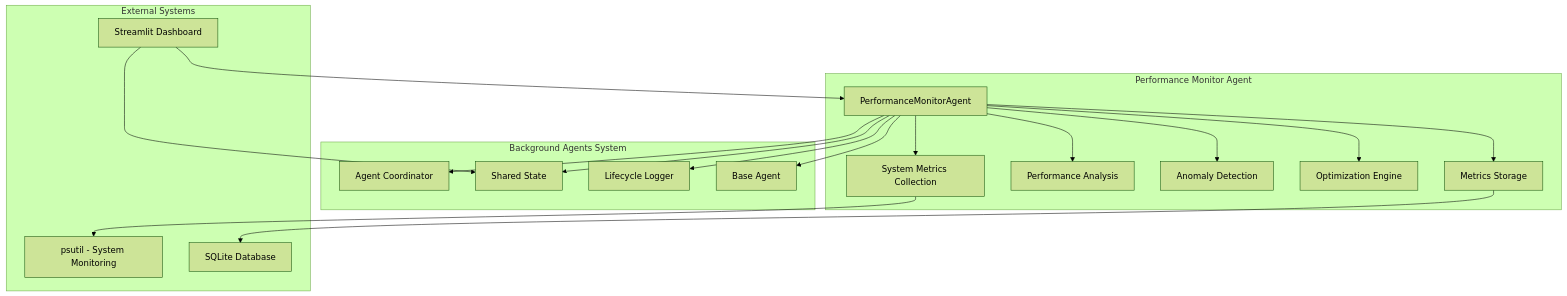
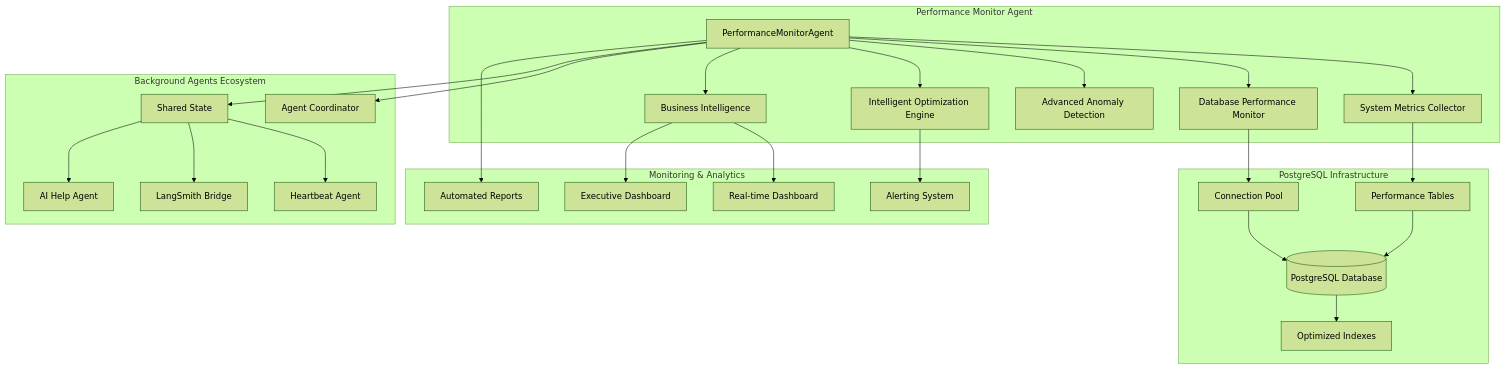
Before and after one commit to Kausiukas/System-Reference: the first of 3 diagrams in PERFORMANCE_MONITORING.md, drawn with Mermaid (forest theme). The commit also changed other lines of this file, not shown here.

````diff
--- a/PERFORMANCE_MONITORING.md
+++ b/PERFORMANCE_MONITORING.md
@@ -36,40 +41,57 @@
 ```mermaid
 graph TB
     subgraph "Performance Monitor Agent"
         PM[PerformanceMonitorAgent]
-        SM[System Metrics Collection]
-        PA[Performance Analysis]
-        AD[Anomaly Detection]
-        OE[Optimization Engine]
-        MS[Metrics Storage]
+        SMC[System Metrics Collector]
+        DPM[Database Performance Monitor]
+        AAD[Advanced Anomaly Detection]
+        IOE[Intelligent Optimization Engine]
+        BI[Business Intelligence]
     end
     
-    subgraph "Background Agents System"
+    subgraph "PostgreSQL Infrastructure"
+        PG[(PostgreSQL Database)]
+        CP[Connection Pool]
+        PM_TABLES[Performance Tables]
+        IDX[Optimized Indexes]
+    end
+    
+    subgraph "Background Agents Ecosystem"
         AC[Agent Coordinator]
         SS[Shared State]
-        LH[Lifecycle Logger]
-        BA[Base Agent]
+        HBA[Heartbeat Agent]
+        LB[LangSmith Bridge]
+        AI[AI Help Agent]
     end
     
-    subgraph "External Systems"
-        PS[psutil - System Monitoring]
-        SQL[SQLite Database]
-        ST[Streamlit Dashboard]
+    subgraph "Monitoring & Analytics"
+        RTD[Real-time Dashboard]
+        EXE[Executive Dashboard]
+        ALT[Alerting System]
+        REP[Automated Reports]
     end
     
-    PM --> SM
-    PM --> PA
-    PM --> AD
-    PM --> OE
-    PM --> MS
+    PM --> SMC
+    PM --> DPM
+    PM --> AAD
+    PM --> IOE
+    PM --> BI
     
-    SM --> PS
-    MS --> SQL
+    SMC --> PM_TABLES
+    DPM --> CP
+    PM_TABLES --> PG
+    CP --> PG
+    
     PM --> AC
     PM --> SS
-    PM --> LH
-    PM --> BA
+    SS --> HBA
+    SS --> LB
+    SS --> AI
     
-    ST --> SS
-    ST --> PM
+    BI --> RTD
+    BI --> EXE
+    IOE --> ALT
+    PM --> REP
+    
+    PG --> IDX
 ```
````
